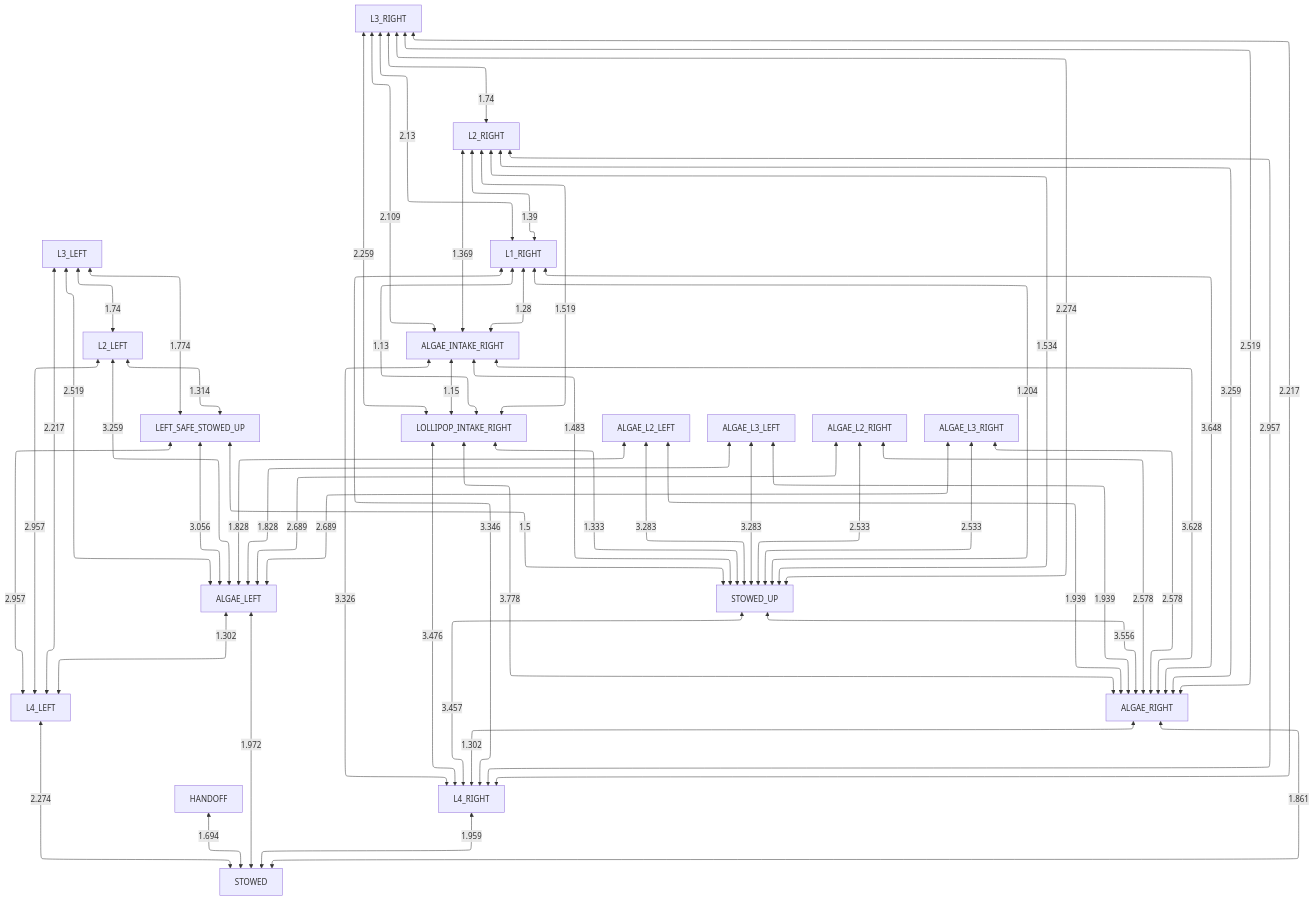
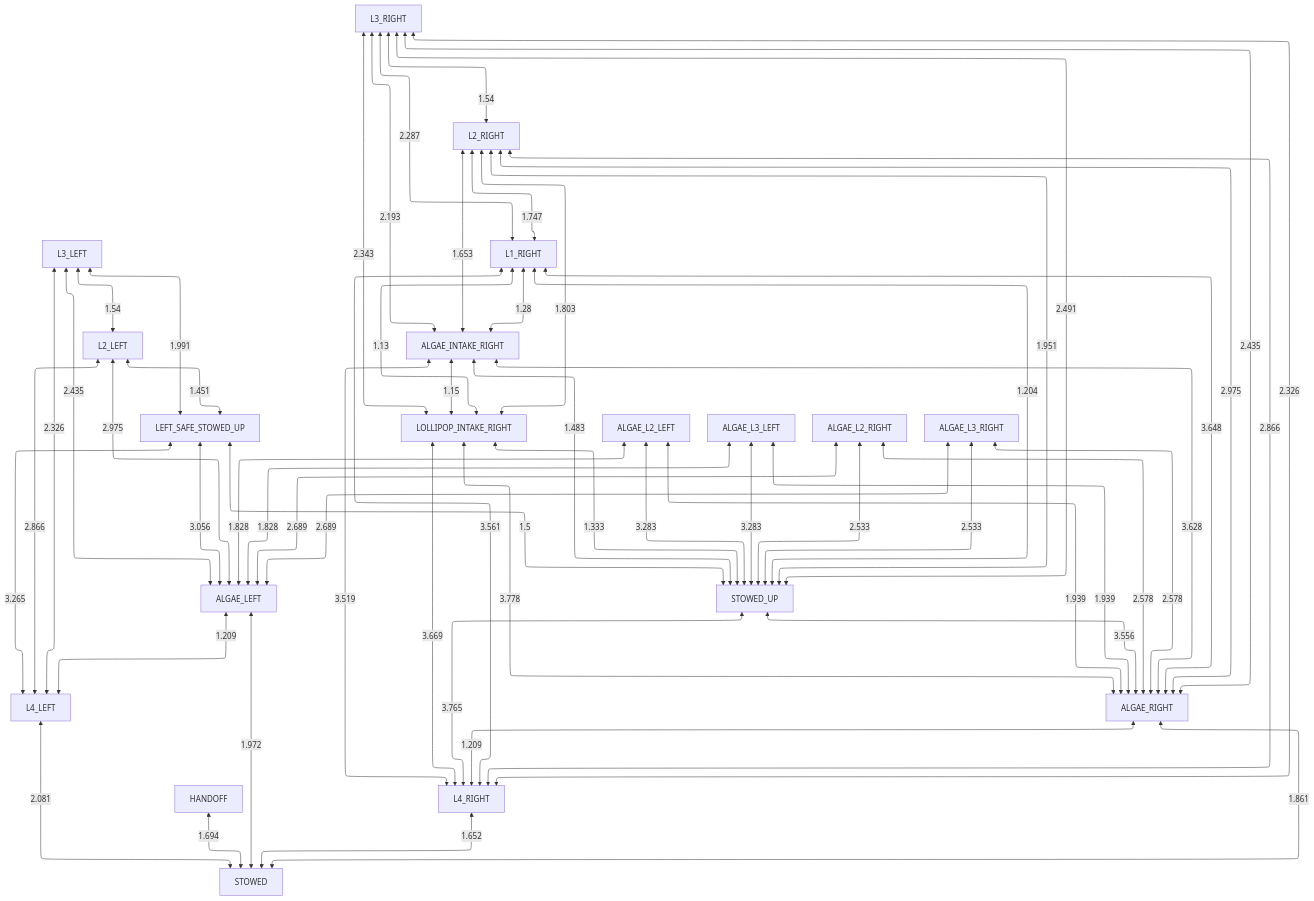
One commit to team581/offseason-2025-comp changed the diagram in docs/collision_avoidance/no_obstruction.md. Above: the diagram before and after it, drawn with Mermaid. The commit also changed 6 other files, not shown here.

````diff
--- a/docs/collision_avoidance/no_obstruction.md
+++ b/docs/collision_avoidance/no_obstruction.md
@@ -3,61 +3,61 @@
 ```mermaid
 %%{ init: { "flowchart": { "defaultRenderer": "elk" } } }%%
 graph TD
 
 HANDOFF <-- 1.694 --> STOWED
-L4_LEFT <-- 2.274 --> STOWED
-L4_RIGHT <-- 1.959 --> STOWED
+L4_LEFT <-- 2.081 --> STOWED
+L4_RIGHT <-- 1.652 --> STOWED
 ALGAE_RIGHT <-- 1.861 --> STOWED
 ALGAE_LEFT <-- 1.972 --> STOWED
-LEFT_SAFE_STOWED_UP <-- 2.957 --> L4_LEFT
-L2_LEFT <-- 2.957 --> L4_LEFT
-L3_LEFT <-- 2.217 --> L4_LEFT
-ALGAE_LEFT <-- 1.302 --> L4_LEFT
-STOWED_UP <-- 3.457 --> L4_RIGHT
-ALGAE_INTAKE_RIGHT <-- 3.326 --> L4_RIGHT
-LOLLIPOP_INTAKE_RIGHT <-- 3.476 --> L4_RIGHT
-L1_RIGHT <-- 3.346 --> L4_RIGHT
-L2_RIGHT <-- 2.957 --> L4_RIGHT
-L3_RIGHT <-- 2.217 --> L4_RIGHT
-ALGAE_RIGHT <-- 1.302 --> L4_RIGHT
+LEFT_SAFE_STOWED_UP <-- 3.265 --> L4_LEFT
+L2_LEFT <-- 2.866 --> L4_LEFT
+L3_LEFT <-- 2.326 --> L4_LEFT
+ALGAE_LEFT <-- 1.209 --> L4_LEFT
+STOWED_UP <-- 3.765 --> L4_RIGHT
+ALGAE_INTAKE_RIGHT <-- 3.519 --> L4_RIGHT
+LOLLIPOP_INTAKE_RIGHT <-- 3.669 --> L4_RIGHT
+L1_RIGHT <-- 3.561 --> L4_RIGHT
+L2_RIGHT <-- 2.866 --> L4_RIGHT
+L3_RIGHT <-- 2.326 --> L4_RIGHT
+ALGAE_RIGHT <-- 1.209 --> L4_RIGHT
 STOWED_UP <-- 3.556 --> ALGAE_RIGHT
 ALGAE_L2_LEFT <-- 1.939 --> ALGAE_RIGHT
 ALGAE_L3_LEFT <-- 1.939 --> ALGAE_RIGHT
 ALGAE_INTAKE_RIGHT <-- 3.628 --> ALGAE_RIGHT
 LOLLIPOP_INTAKE_RIGHT <-- 3.778 --> ALGAE_RIGHT
 L1_RIGHT <-- 3.648 --> ALGAE_RIGHT
-L2_RIGHT <-- 3.259 --> ALGAE_RIGHT
-L3_RIGHT <-- 2.519 --> ALGAE_RIGHT
+L2_RIGHT <-- 2.975 --> ALGAE_RIGHT
+L3_RIGHT <-- 2.435 --> ALGAE_RIGHT
 ALGAE_L2_RIGHT <-- 2.578 --> ALGAE_RIGHT
 ALGAE_L3_RIGHT <-- 2.578 --> ALGAE_RIGHT
 LEFT_SAFE_STOWED_UP <-- 3.056 --> ALGAE_LEFT
-L2_LEFT <-- 3.259 --> ALGAE_LEFT
-L3_LEFT <-- 2.519 --> ALGAE_LEFT
+L2_LEFT <-- 2.975 --> ALGAE_LEFT
+L3_LEFT <-- 2.435 --> ALGAE_LEFT
 ALGAE_L2_LEFT <-- 1.828 --> ALGAE_LEFT
 ALGAE_L3_LEFT <-- 1.828 --> ALGAE_LEFT
 ALGAE_L2_RIGHT <-- 2.689 --> ALGAE_LEFT
 ALGAE_L3_RIGHT <-- 2.689 --> ALGAE_LEFT
 LEFT_SAFE_STOWED_UP <-- 1.5 --> STOWED_UP
 LOLLIPOP_INTAKE_RIGHT <-- 1.333 --> STOWED_UP
 ALGAE_INTAKE_RIGHT <-- 1.483 --> STOWED_UP
 L1_RIGHT <-- 1.204 --> STOWED_UP
-L2_RIGHT <-- 1.534 --> STOWED_UP
-L3_RIGHT <-- 2.274 --> STOWED_UP
+L2_RIGHT <-- 1.951 --> STOWED_UP
+L3_RIGHT <-- 2.491 --> STOWED_UP
 ALGAE_L2_LEFT <-- 3.283 --> STOWED_UP
 ALGAE_L2_RIGHT <-- 2.533 --> STOWED_UP
 ALGAE_L3_LEFT <-- 3.283 --> STOWED_UP
 ALGAE_L3_RIGHT <-- 2.533 --> STOWED_UP
-L2_LEFT <-- 1.314 --> LEFT_SAFE_STOWED_UP
-L3_LEFT <-- 1.774 --> LEFT_SAFE_STOWED_UP
+L2_LEFT <-- 1.451 --> LEFT_SAFE_STOWED_UP
+L3_LEFT <-- 1.991 --> LEFT_SAFE_STOWED_UP
 ALGAE_INTAKE_RIGHT <-- 1.15 --> LOLLIPOP_INTAKE_RIGHT
 L1_RIGHT <-- 1.13 --> LOLLIPOP_INTAKE_RIGHT
-L2_RIGHT <-- 1.519 --> LOLLIPOP_INTAKE_RIGHT
-L3_RIGHT <-- 2.259 --> LOLLIPOP_INTAKE_RIGHT
+L2_RIGHT <-- 1.803 --> LOLLIPOP_INTAKE_RIGHT
+L3_RIGHT <-- 2.343 --> LOLLIPOP_INTAKE_RIGHT
 L1_RIGHT <-- 1.28 --> ALGAE_INTAKE_RIGHT
-L2_RIGHT <-- 1.369 --> ALGAE_INTAKE_RIGHT
-L3_RIGHT <-- 2.109 --> ALGAE_INTAKE_RIGHT
-L3_LEFT <-- 1.74 --> L2_LEFT
-L2_RIGHT <-- 1.39 --> L1_RIGHT
-L3_RIGHT <-- 2.13 --> L1_RIGHT
-L3_RIGHT <-- 1.74 --> L2_RIGHT
+L2_RIGHT <-- 1.653 --> ALGAE_INTAKE_RIGHT
+L3_RIGHT <-- 2.193 --> ALGAE_INTAKE_RIGHT
+L3_LEFT <-- 1.54 --> L2_LEFT
+L2_RIGHT <-- 1.747 --> L1_RIGHT
+L3_RIGHT <-- 2.287 --> L1_RIGHT
+L3_RIGHT <-- 1.54 --> L2_RIGHT
 ```
````
